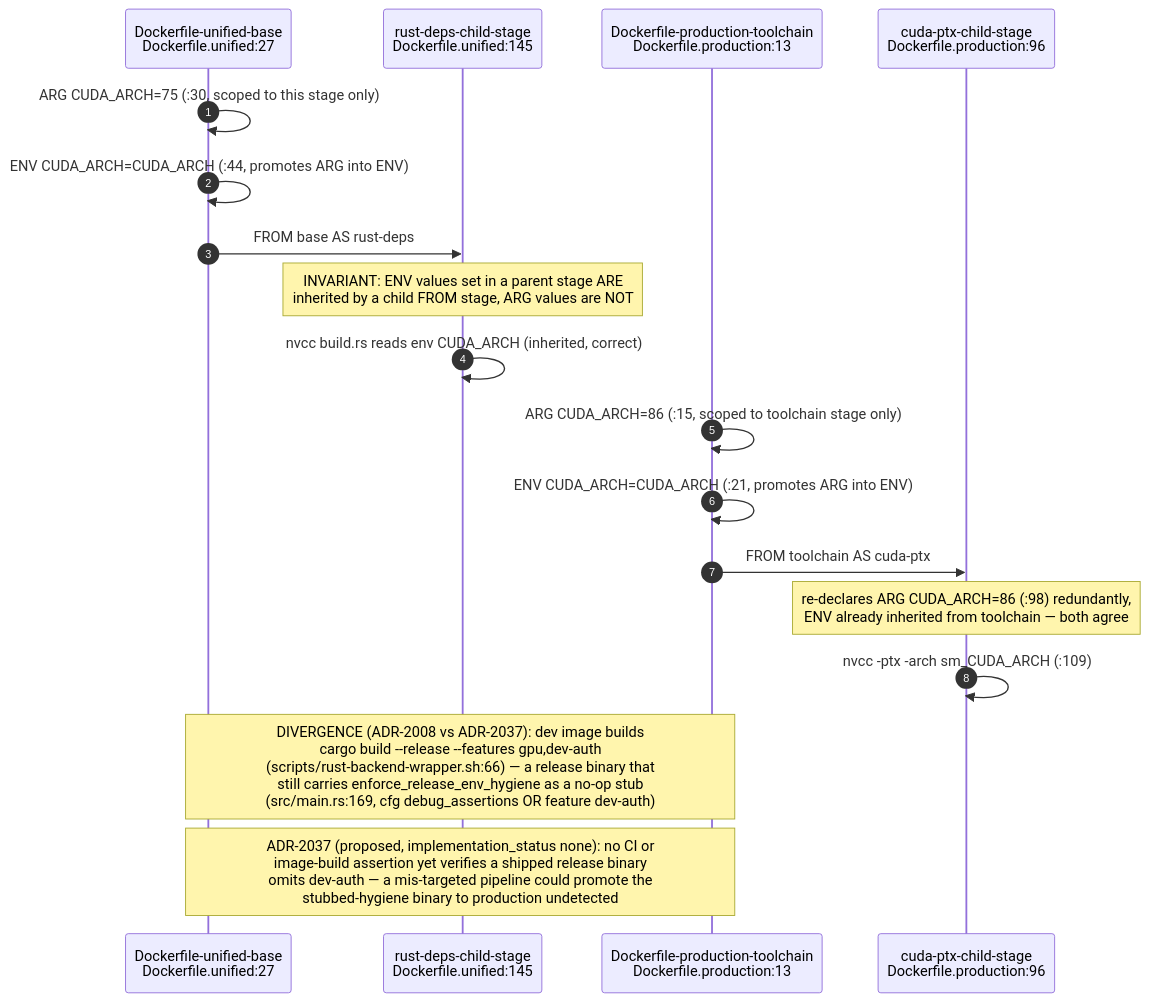
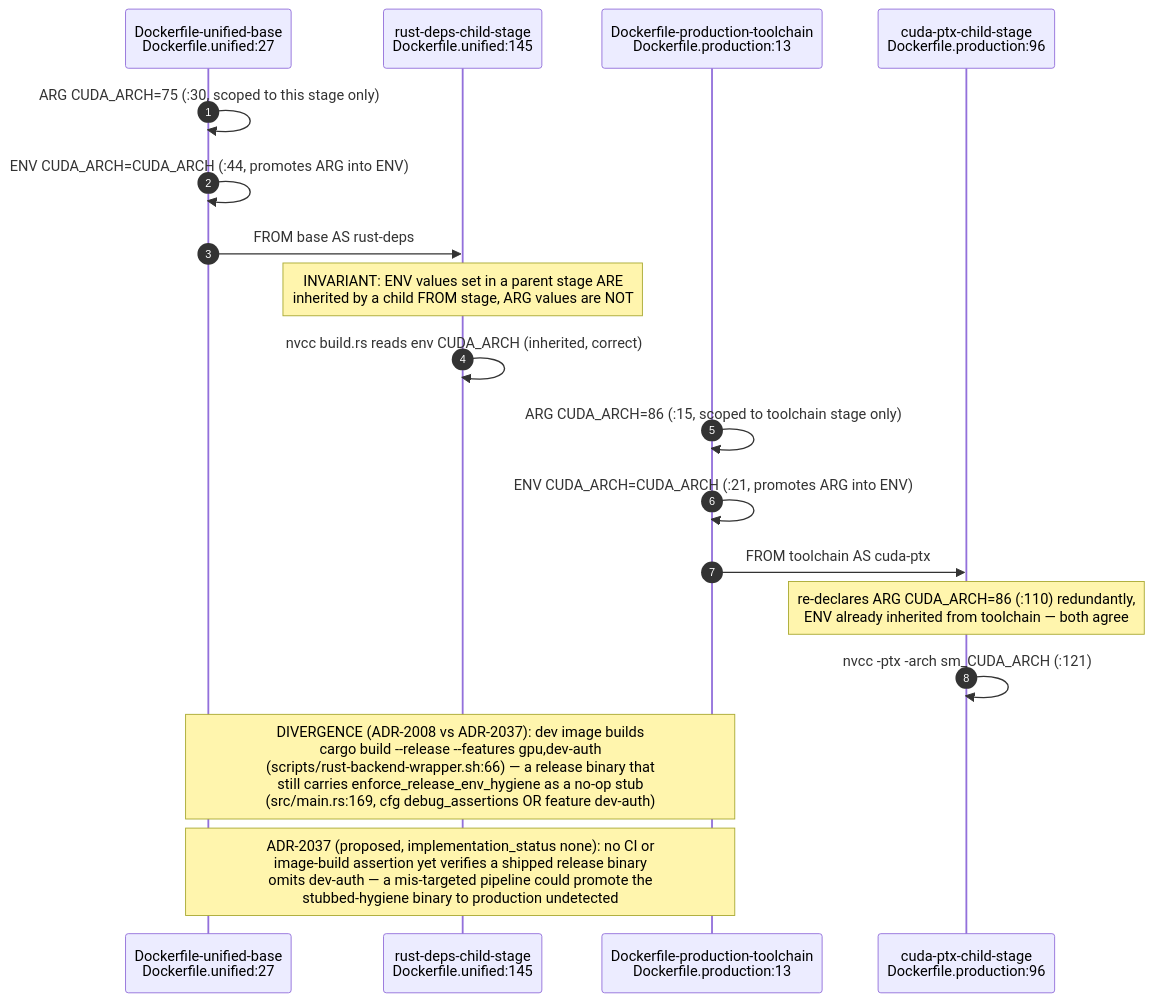
Before and after one commit to DreamLab-AI/AR-AI-Knowledge-Graph: the fifth of 19 diagrams in docs/diagrams/estate/09-build-deploy-and-ci-estate.md, drawn with Mermaid. The commit also changed other lines of this file and 73 other files, not shown here.

First line of the commit message:
docs(diagrams): re-verify all 71 topic files against HEAD; add --cite-check

````diff
--- a/docs/diagrams/estate/09-build-deploy-and-ci-estate.md
+++ b/docs/diagrams/estate/09-build-deploy-and-ci-estate.md
@@ -189,23 +189,23 @@
 ```mermaid
 sequenceDiagram
     autonumber
     participant U as Dockerfile-unified-base<br/>Dockerfile.unified:27
     participant C1 as rust-deps-child-stage<br/>Dockerfile.unified:145
     participant P as Dockerfile-production-toolchain<br/>Dockerfile.production:13
     participant C2 as cuda-ptx-child-stage<br/>Dockerfile.production:96
 
     U->>U: ARG CUDA_ARCH=75 (:30, scoped to this stage only)
     U->>U: ENV CUDA_ARCH=CUDA_ARCH (:44, promotes ARG into ENV)
     U->>C1: FROM base AS rust-deps
     Note over C1: INVARIANT: ENV values set in a parent stage ARE<br/>inherited by a child FROM stage, ARG values are NOT
     C1->>C1: nvcc build.rs reads env CUDA_ARCH (inherited, correct)
 
     P->>P: ARG CUDA_ARCH=86 (:15, scoped to toolchain stage only)
     P->>P: ENV CUDA_ARCH=CUDA_ARCH (:21, promotes ARG into ENV)
     P->>C2: FROM toolchain AS cuda-ptx
-    Note over C2: re-declares ARG CUDA_ARCH=86 (:98) redundantly,<br/>ENV already inherited from toolchain — both agree
-    C2->>C2: nvcc -ptx -arch sm_CUDA_ARCH (:109)
+    Note over C2: re-declares ARG CUDA_ARCH=86 (:110) redundantly,<br/>ENV already inherited from toolchain — both agree
+    C2->>C2: nvcc -ptx -arch sm_CUDA_ARCH (:121)
 
     Note over U,P: DIVERGENCE (ADR-2008 vs ADR-2037): dev image builds<br/>cargo build --release --features gpu,dev-auth<br/>(scripts/rust-backend-wrapper.sh:66) — a release binary that<br/>still carries enforce_release_env_hygiene as a no-op stub<br/>(src/main.rs:169, cfg debug_assertions OR feature dev-auth)
     Note over U,P: ADR-2037 (proposed, implementation_status none): no CI or<br/>image-build assertion yet verifies a shipped release binary<br/>omits dev-auth — a mis-targeted pipeline could promote the<br/>stubbed-hygiene binary to production undetected
 ```
````
